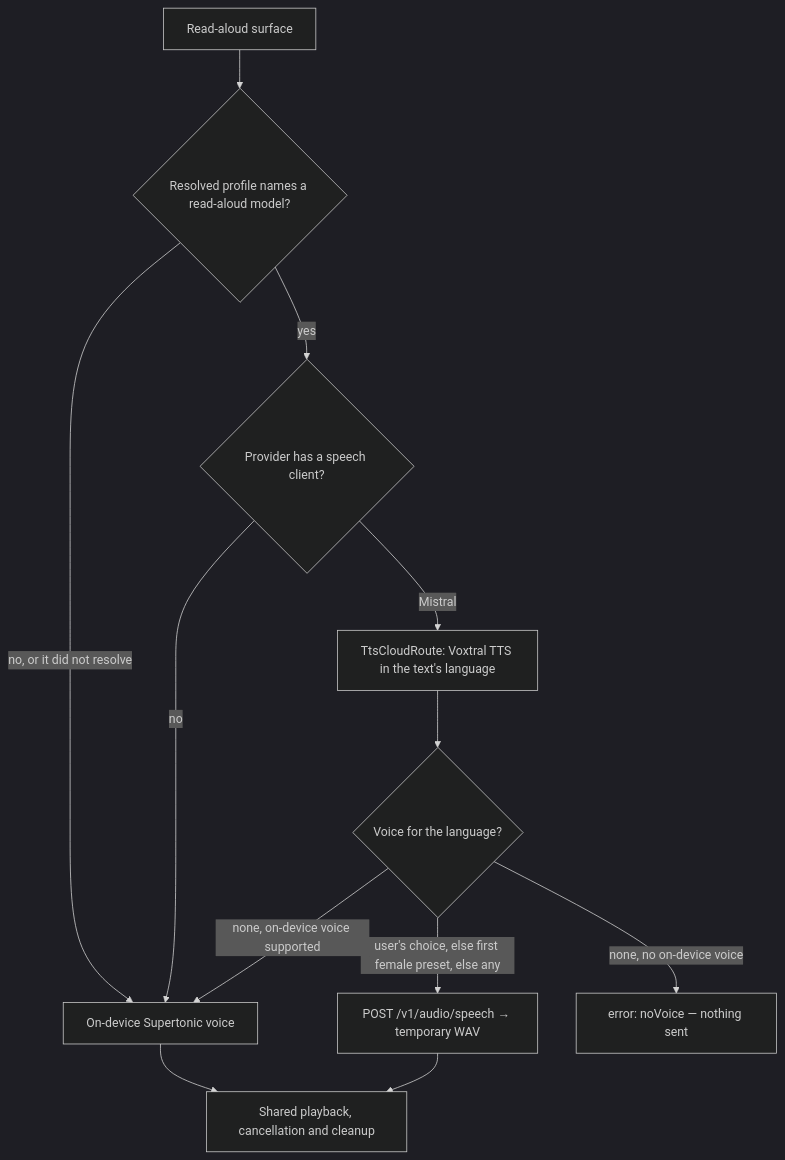
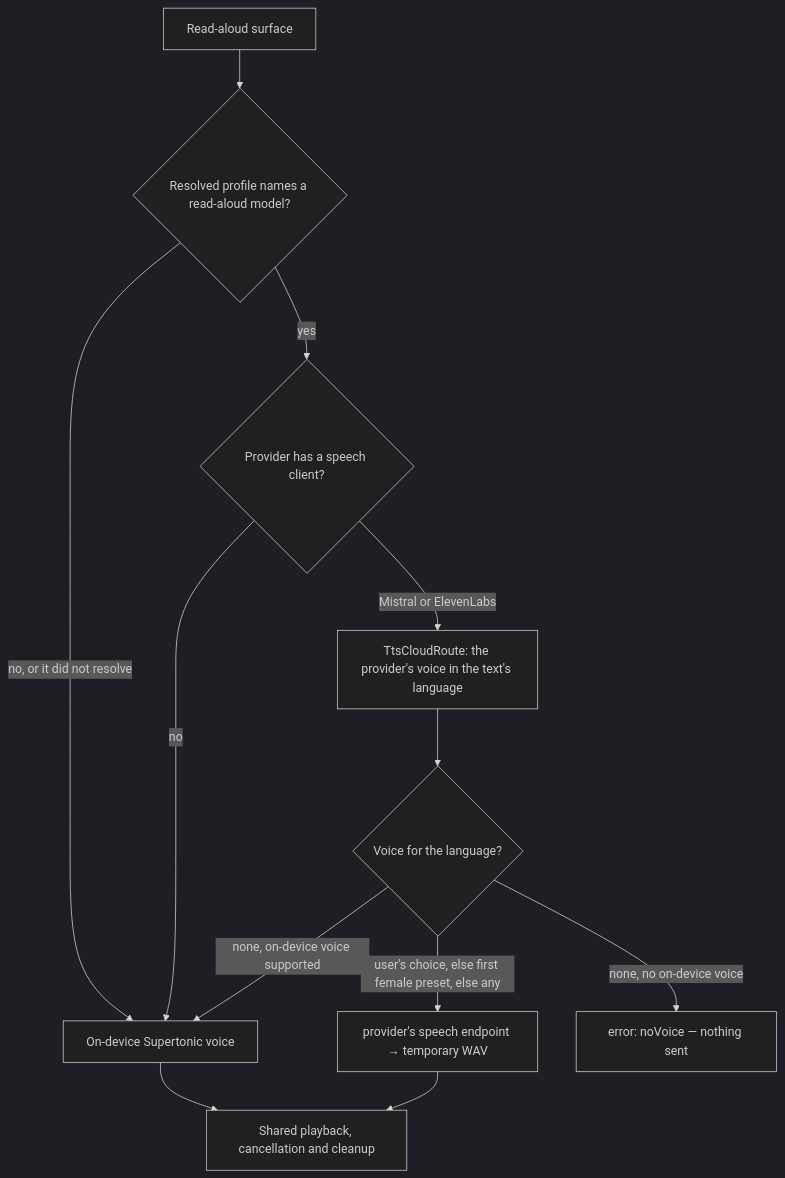
One commit to matthiasn/lotti changed the first of 3 diagrams in knowledge/features/tts.md. Above: the diagram before and after it, drawn with Mermaid (dark theme). The commit also changed other lines of this file and 86 other files, not shown here.

First line of the commit message:
feat(tts): ElevenLabs voices for read-aloud and the companion

````diff
--- a/knowledge/features/tts.md
+++ b/knowledge/features/tts.md
@@ -81,14 +95,14 @@
 ```mermaid
 flowchart TD
   Surface["Read-aloud surface"] --> Profile{"Resolved profile names a read-aloud model?"}
   Profile -->|no, or it did not resolve| Local["On-device Supertonic voice"]
   Profile -->|yes| Client{"Provider has a speech client?"}
   Client -->|no| Local
-  Client -->|Mistral| Cloud["TtsCloudRoute: Voxtral TTS in the text's language"]
+  Client -->|Mistral or ElevenLabs| Cloud["TtsCloudRoute: the provider's voice in the text's language"]
   Cloud --> Voice{"Voice for the language?"}
-  Voice -->|user's choice, else first female preset, else any| Speak["POST /v1/audio/speech → temporary WAV"]
+  Voice -->|user's choice, else first female preset, else any| Speak["provider's speech endpoint → temporary WAV"]
   Voice -->|none, on-device voice supported| Local
   Voice -->|none, no on-device voice| NoVoice["error: noVoice — nothing sent"]
   Local --> Play["Shared playback, cancellation and cleanup"]
   Speak --> Play
 ```
````
